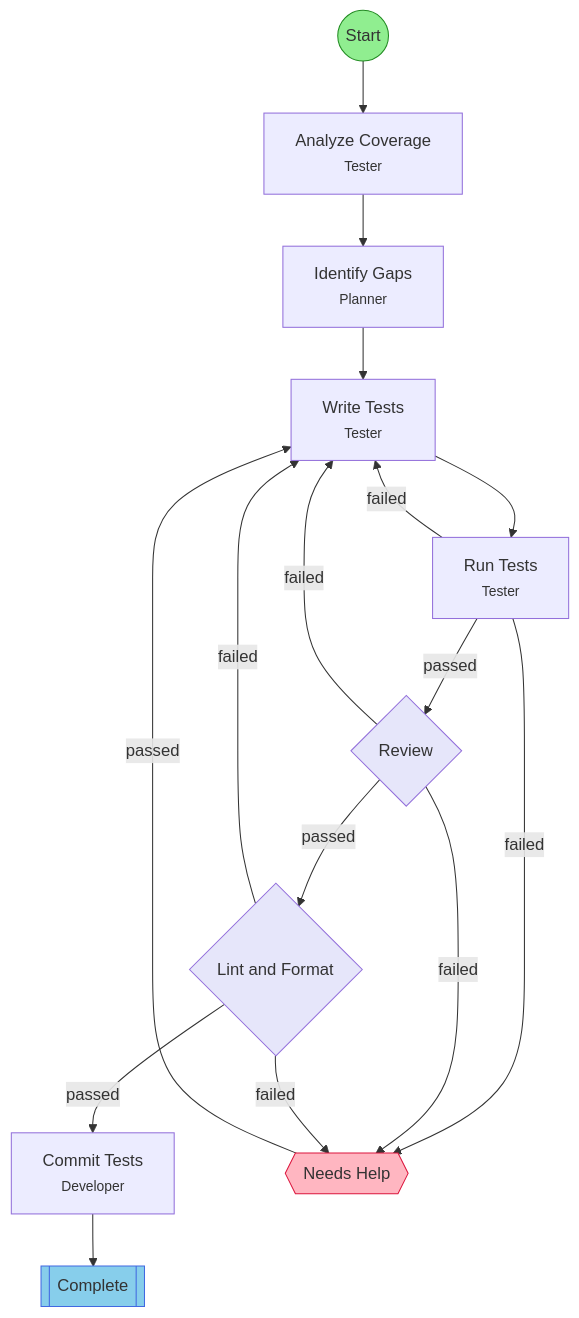
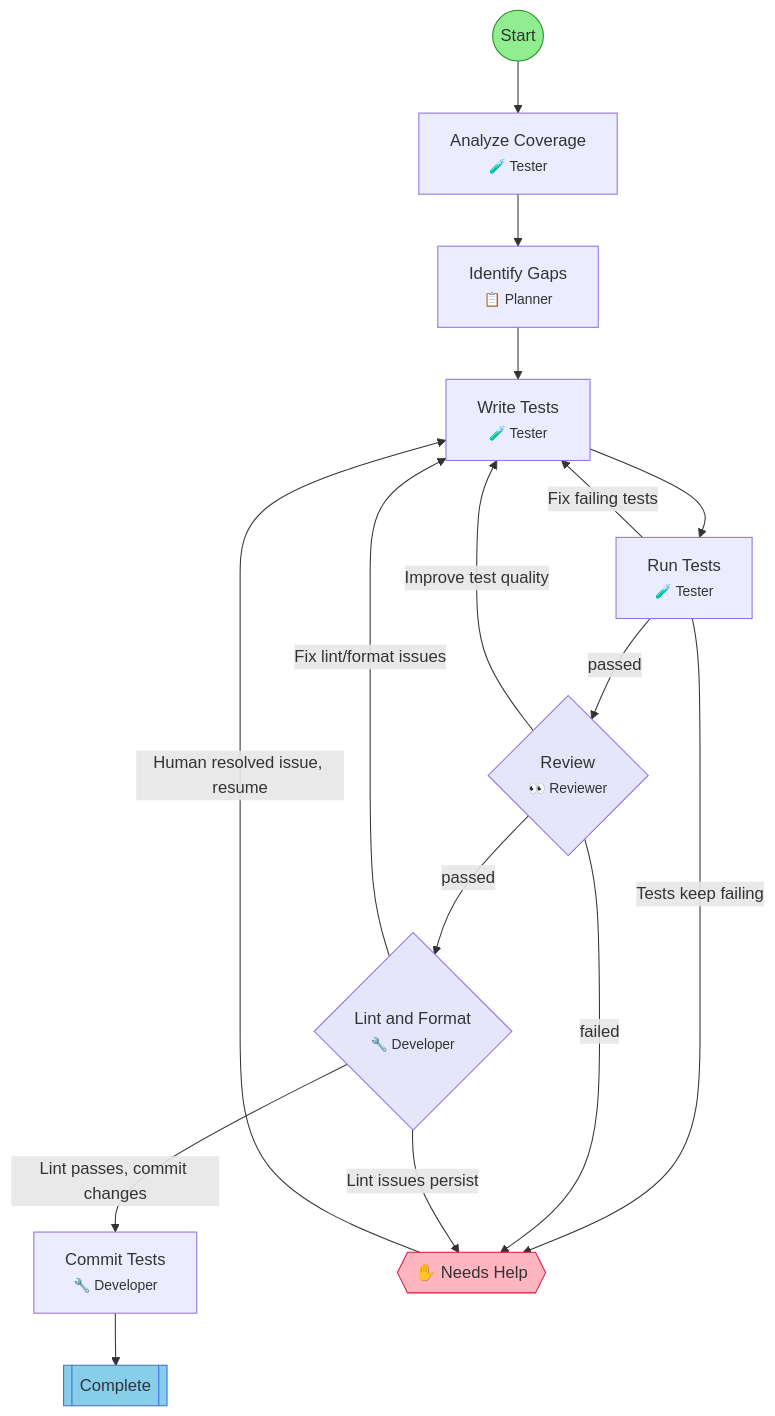
The diagram in .flow/diagrams/test-coverage.md (leclabs/agent-toolkit), drawn with Mermaid before and after one commit. The commit also changed other lines of this file and 34 other files, not shown here.

First line of the commit message:
feat: add emoji field to workflow schema and render in diagrams

````diff
--- a/.flow/diagrams/test-coverage.md
+++ b/.flow/diagrams/test-coverage.md
@@ -7,40 +7,40 @@
 ```mermaid
 flowchart TD
     start(("Start"))
-    analyze_coverage["Analyze Coverage<br/><small>Tester</small>"]
-    identify_gaps["Identify Gaps<br/><small>Planner</small>"]
-    write_tests["Write Tests<br/><small>Tester</small>"]
-    run_tests["Run Tests<br/><small>Tester</small>"]
-    review{"Review"}
-    lint_format{"Lint and Format"}
-    commit["Commit Tests<br/><small>Developer</small>"]
+    analyze_coverage["Analyze Coverage<br/><small>🧪 Tester</small>"]
+    identify_gaps["Identify Gaps<br/><small>📋 Planner</small>"]
+    write_tests["Write Tests<br/><small>🧪 Tester</small>"]
+    run_tests["Run Tests<br/><small>🧪 Tester</small>"]
+    review{"Review<br/><small>👀 Reviewer</small>"}
+    lint_format{"Lint and Format<br/><small>🔧 Developer</small>"}
+    commit["Commit Tests<br/><small>🔧 Developer</small>"]
     end_success[["Complete"]]
-    hitl_failed{{"Needs Help"}}
+    hitl_failed{{"✋ Needs Help"}}
 
     start --> analyze_coverage
     analyze_coverage --> identify_gaps
     identify_gaps --> write_tests
     write_tests --> run_tests
-    run_tests -->|failed| write_tests
-    run_tests -->|failed| hitl_failed
+    run_tests -->|Fix failing tests| write_tests
+    run_tests -->|Tests keep failing| hitl_failed
     run_tests -->|passed| review
-    review -->|failed| write_tests
+    review -->|Improve test quality| write_tests
     review -->|failed| hitl_failed
     review -->|passed| lint_format
-    lint_format -->|passed| commit
-    lint_format -->|failed| write_tests
-    lint_format -->|failed| hitl_failed
+    lint_format -->|Lint passes, commit changes| commit
+    lint_format -->|Fix lint/format issues| write_tests
+    lint_format -->|Lint issues persist| hitl_failed
     commit --> end_success
-    hitl_failed -->|passed| write_tests
+    hitl_failed -->|Human resolved issue, resume| write_tests
 
     classDef startStep fill:#90EE90,stroke:#228B22
     classDef successStep fill:#87CEEB,stroke:#4169E1
     classDef hitlStep fill:#FFB6C1,stroke:#DC143C
     classDef gateStep fill:#E6E6FA,stroke:#9370DB
     classDef forkJoinStep fill:#FFEAA7,stroke:#FDCB6E
     classDef currentStep fill:#FFD700,stroke:#FF8C00,stroke-width:3px
     class start startStep
     class end_success successStep
     class hitl_failed hitlStep
     class review,lint_format gateStep
 ```
````
